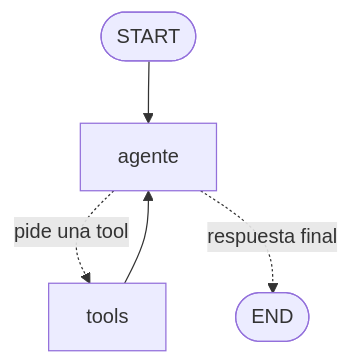
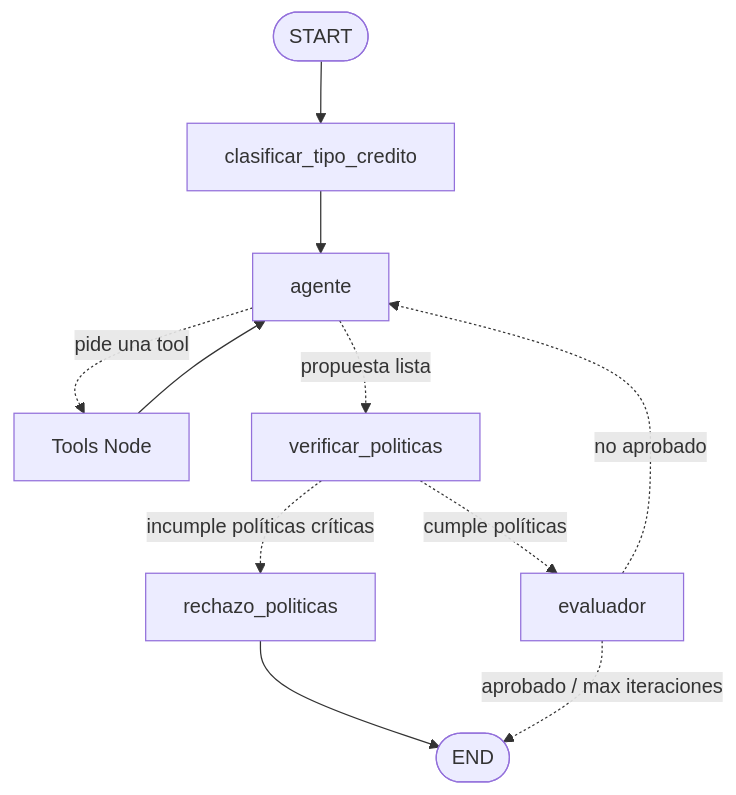
The diagram in README.md (WillBluetab/CursoIA-Reto1), drawn with Mermaid before and after one commit. The commit also changed other lines of this file and 8 other files, not shown here.

````diff
--- a/README.md
+++ b/README.md
@@ -14,7 +9,12 @@
 ```mermaid
 graph TD;
-    __start__([START]) --> agente
-    agente -.->|pide una tool| tools
-    agente -.->|respuesta final| __end__([END])
+    __start__([START]) --> clasificar_tipo_credito[clasificar_tipo_credito]
+    clasificar_tipo_credito --> agente[agente]
+    agente -.->|pide una tool| tools[Tools Node]
     tools --> agente
+    agente -.->|propuesta lista| verificar_politicas[verificar_politicas]
+    verificar_politicas -.->|incumple políticas críticas| rechazo_politicas[rechazo_politicas] --> __end__([END])
+    verificar_politicas -.->|cumple políticas| evaluador[evaluador]
+    evaluador -.->|aprobado / max iteraciones| __end__
+    evaluador -.->|no aprobado| agente
 ```
````
